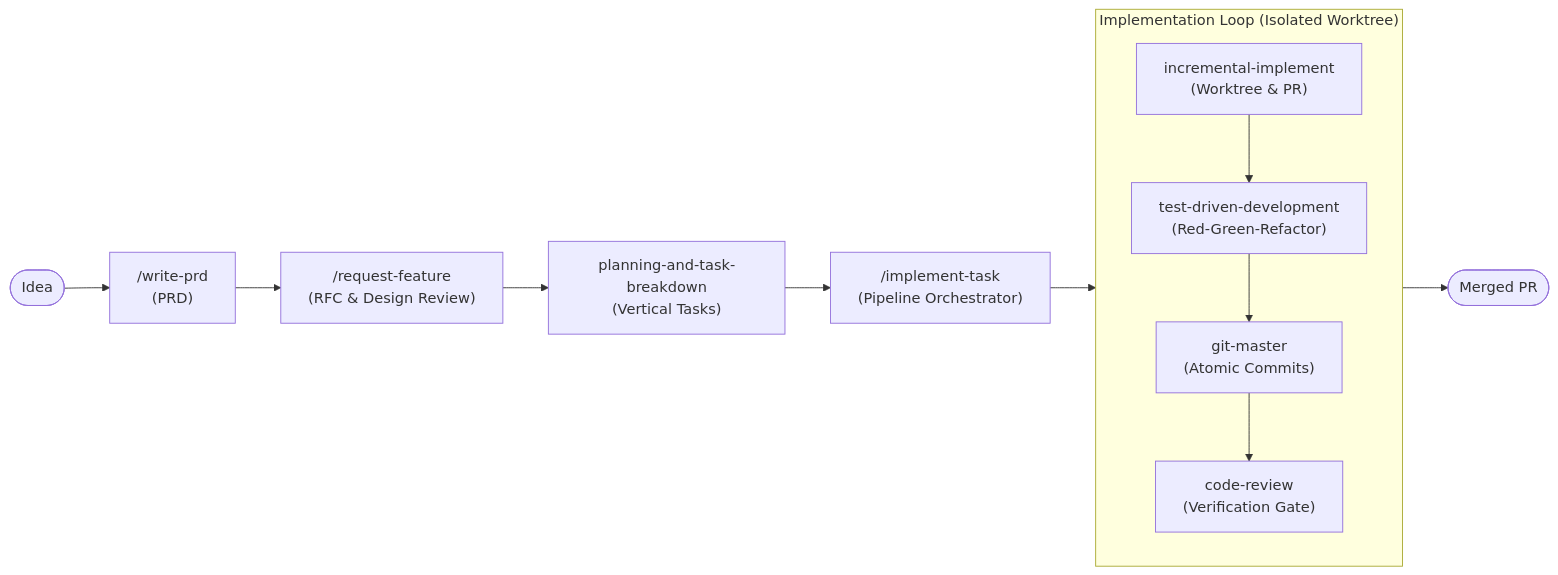
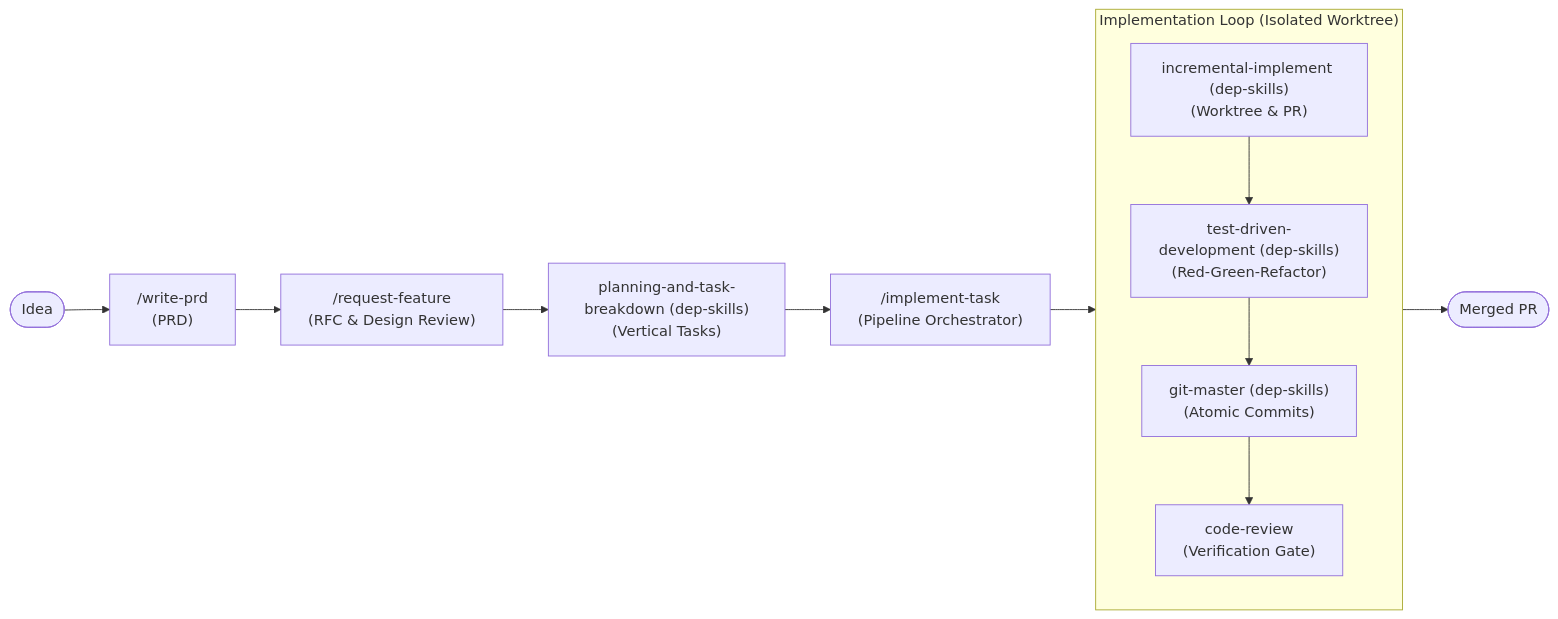
The first of 2 diagrams in skills/development/README.md (allanbian1017/skills), drawn with Mermaid before and after one commit. The commit also changed other lines of this file and 57 other files, not shown here.

Commit message:
chore: move external agent skills to private dep-skills repo

````diff
--- a/skills/development/README.md
+++ b/skills/development/README.md
@@ -11,19 +11,19 @@
 ```mermaid
 flowchart LR
     Idea([Idea]) --> prd["/write-prd\n(PRD)"]
     prd --> rfc["/request-feature\n(RFC & Design Review)"]
-    rfc --> planning["planning-and-task-breakdown\n(Vertical Tasks)"]
+    rfc --> planning["planning-and-task-breakdown (dep-skills)\n(Vertical Tasks)"]
     planning --> orchestrator["/implement-task\n(Pipeline Orchestrator)"]
     
     subgraph Implementation ["Implementation Loop (Isolated Worktree)"]
         direction TB
-        incremental["incremental-implement\n(Worktree & PR)"]
-        tdd["test-driven-development\n(Red-Green-Refactor)"]
-        git_master["git-master\n(Atomic Commits)"]
+        incremental["incremental-implement (dep-skills)\n(Worktree & PR)"]
+        tdd["test-driven-development (dep-skills)\n(Red-Green-Refactor)"]
+        git_master["git-master (dep-skills)\n(Atomic Commits)"]
         code_review["code-review\n(Verification Gate)"]
         incremental --> tdd --> git_master --> code_review
     end
 
     orchestrator --> Implementation
     Implementation --> Merge([Merged PR])
 ```
````
